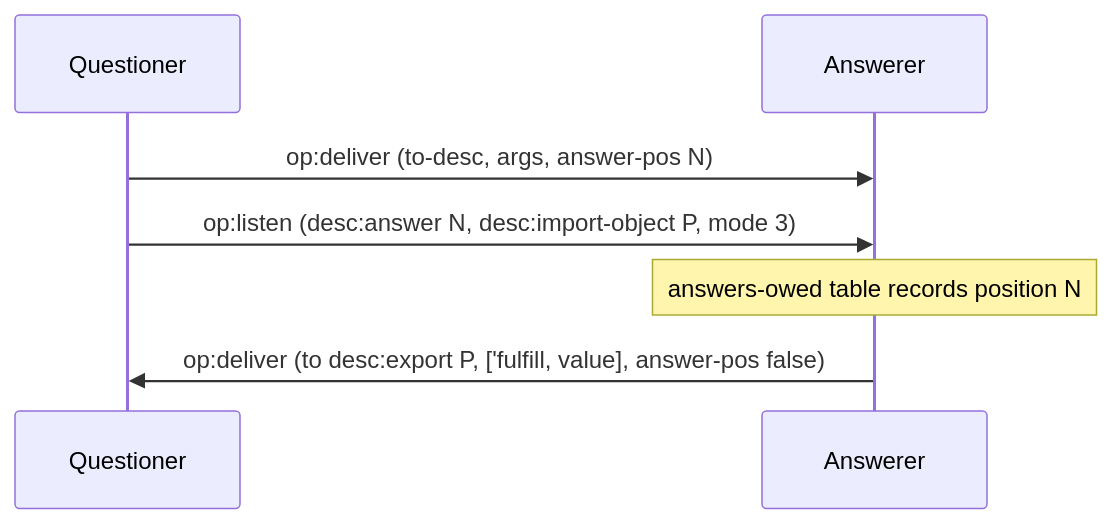
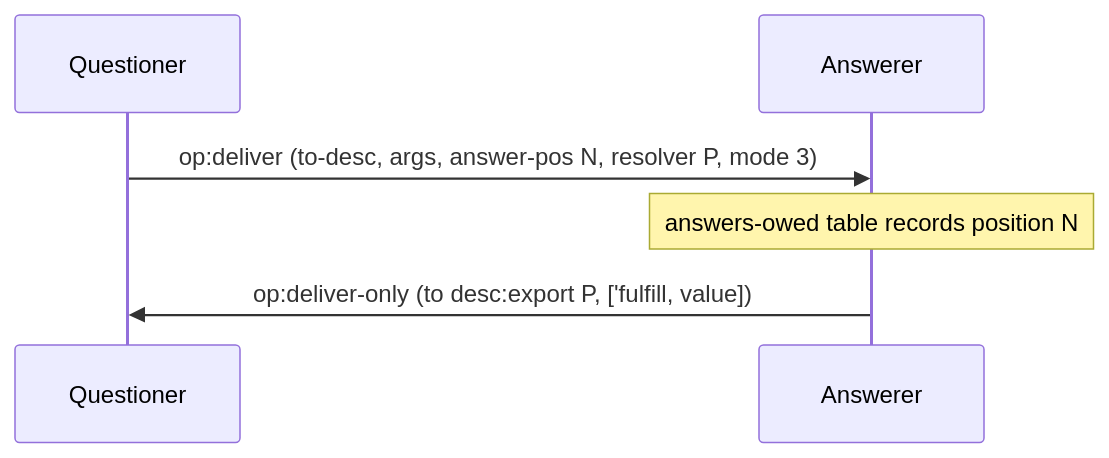
The first of 7 diagrams in docs/protocol-diagrams/02-deliver-and-resolve.md (glowcap-org/glowcap), drawn with Mermaid before and after one commit. The commit also changed other lines of this file and 371 other files, not shown here.

````diff
--- a/docs/protocol-diagrams/02-deliver-and-resolve.md
+++ b/docs/protocol-diagrams/02-deliver-and-resolve.md
@@ -26,9 +27,8 @@
 ```mermaid
 sequenceDiagram
     participant Q as Questioner
     participant R as Answerer
-    Q->>R: op:deliver (to-desc, args, answer-pos N)
-    Q->>R: op:listen (desc:answer N, desc:import-object P, mode 3)
+    Q->>R: op:deliver (to-desc, args, answer-pos N, resolver P, mode 3)
     Note over R: answers-owed table records position N
-    R->>Q: op:deliver (to desc:export P, ['fulfill, value], answer-pos false)
+    R->>Q: op:deliver-only (to desc:export P, ['fulfill, value])
 ```
````
